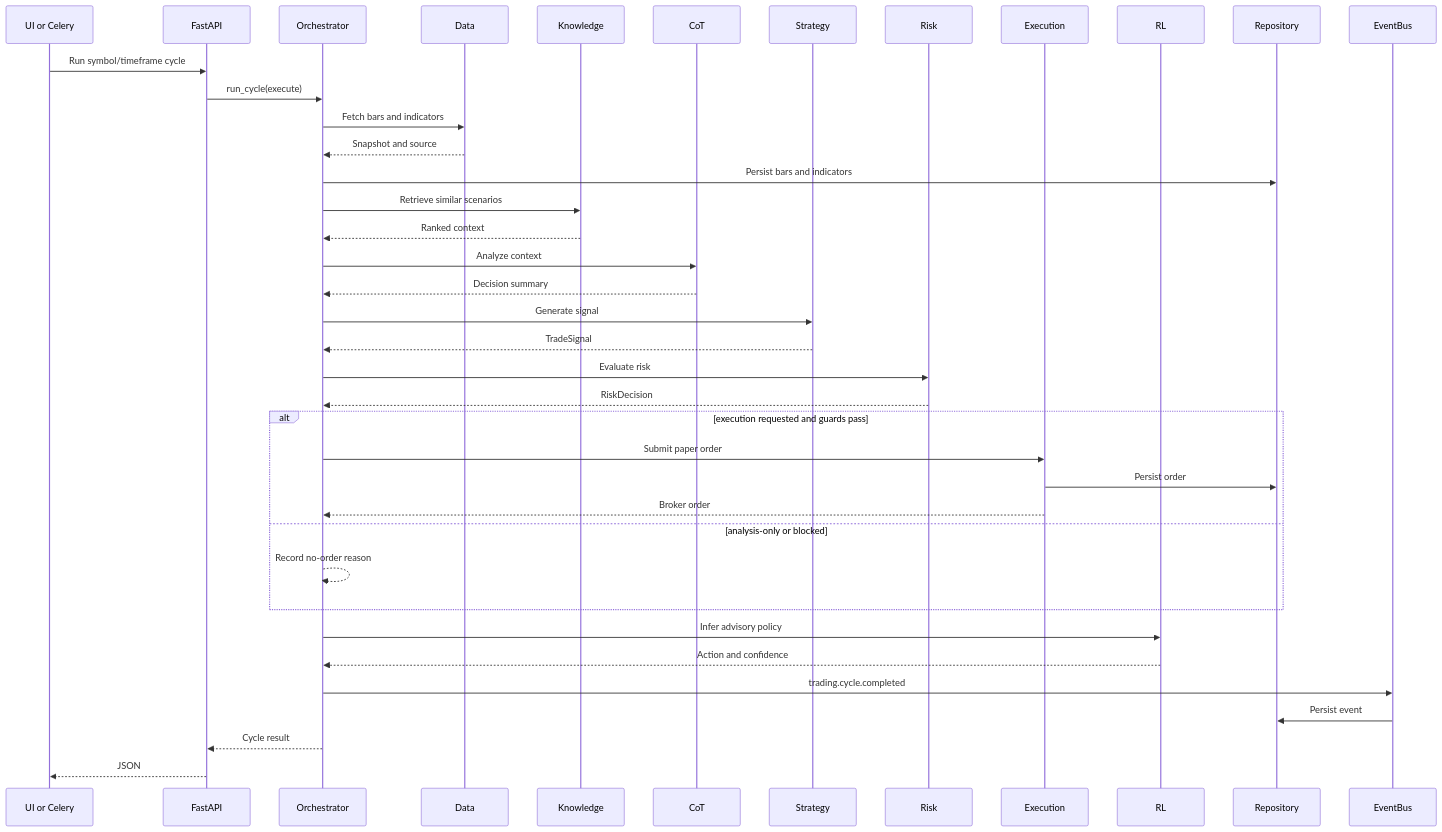
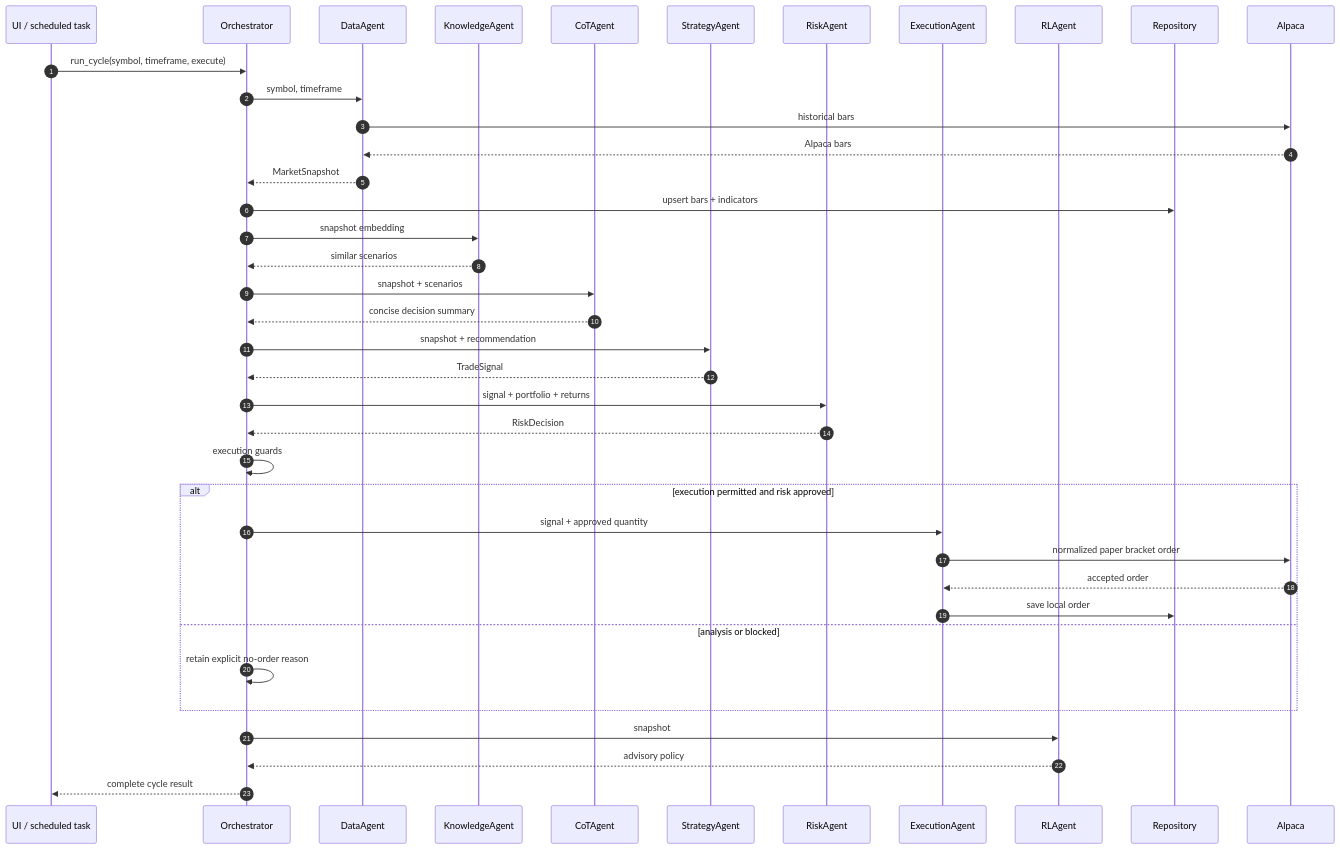
The fourth of 9 diagrams in docs/ARCHITECTURE.md (Koushikroyal2005/Trading-agent), drawn with Mermaid before and after one commit. The commit also changed other lines of this file and 5 other files, not shown here.

Commit message:
fix trading protection and improve architecture docs

````diff
--- a/docs/ARCHITECTURE.md
+++ b/docs/ARCHITECTURE.md
@@ -155,41 +146,42 @@
 ```mermaid
 sequenceDiagram
-    participant T as UI or Celery
-    participant API as FastAPI
+    autonumber
+    participant Trigger as UI / scheduled task
     participant O as Orchestrator
-    participant D as Data
-    participant K as Knowledge
-    participant C as CoT
-    participant S as Strategy
-    participant R as Risk
-    participant E as Execution
-    participant RL as RL
-    participant DB as Repository
-    participant B as EventBus
-    T->>API: Run symbol/timeframe cycle
-    API->>O: run_cycle(execute)
-    O->>D: Fetch bars and indicators
-    D-->>O: Snapshot and source
-    O->>DB: Persist bars and indicators
-    O->>K: Retrieve similar scenarios
-    K-->>O: Ranked context
-    O->>C: Analyze context
-    C-->>O: Decision summary
-    O->>S: Generate signal
+    participant D as DataAgent
+    participant K as KnowledgeAgent
+    participant C as CoTAgent
+    participant S as StrategyAgent
+    participant R as RiskAgent
+    participant X as ExecutionAgent
+    participant RL as RLAgent
+    participant Repo as Repository
+    participant Broker as Alpaca
+
+    Trigger->>O: run_cycle(symbol, timeframe, execute)
+    O->>D: symbol, timeframe
+    D->>Broker: historical bars
+    Broker-->>D: Alpaca bars
+    D-->>O: MarketSnapshot
+    O->>Repo: upsert bars + indicators
+    O->>K: snapshot embedding
+    K-->>O: similar scenarios
+    O->>C: snapshot + scenarios
+    C-->>O: concise decision summary
+    O->>S: snapshot + recommendation
     S-->>O: TradeSignal
-    O->>R: Evaluate risk
+    O->>R: signal + portfolio + returns
     R-->>O: RiskDecision
-    alt execution requested and guards pass
-        O->>E: Submit paper order
-        E->>DB: Persist order
-        E-->>O: Broker order
-    else analysis-only or blocked
-        O-->>O: Record no-order reason
+    O->>O: execution guards
+    alt execution permitted and risk approved
+        O->>X: signal + approved quantity
+        X->>Broker: normalized paper bracket order
+        Broker-->>X: accepted order
+        X->>Repo: save local order
+    else analysis or blocked
+        O->>O: retain explicit no-order reason
     end
-    O->>RL: Infer advisory policy
-    RL-->>O: Action and confidence
-    O->>B: trading.cycle.completed
-    B->>DB: Persist event
-    O-->>API: Cycle result
-    API-->>T: JSON
+    O->>RL: snapshot
+    RL-->>O: advisory policy
+    O-->>Trigger: complete cycle result
 ```
````
